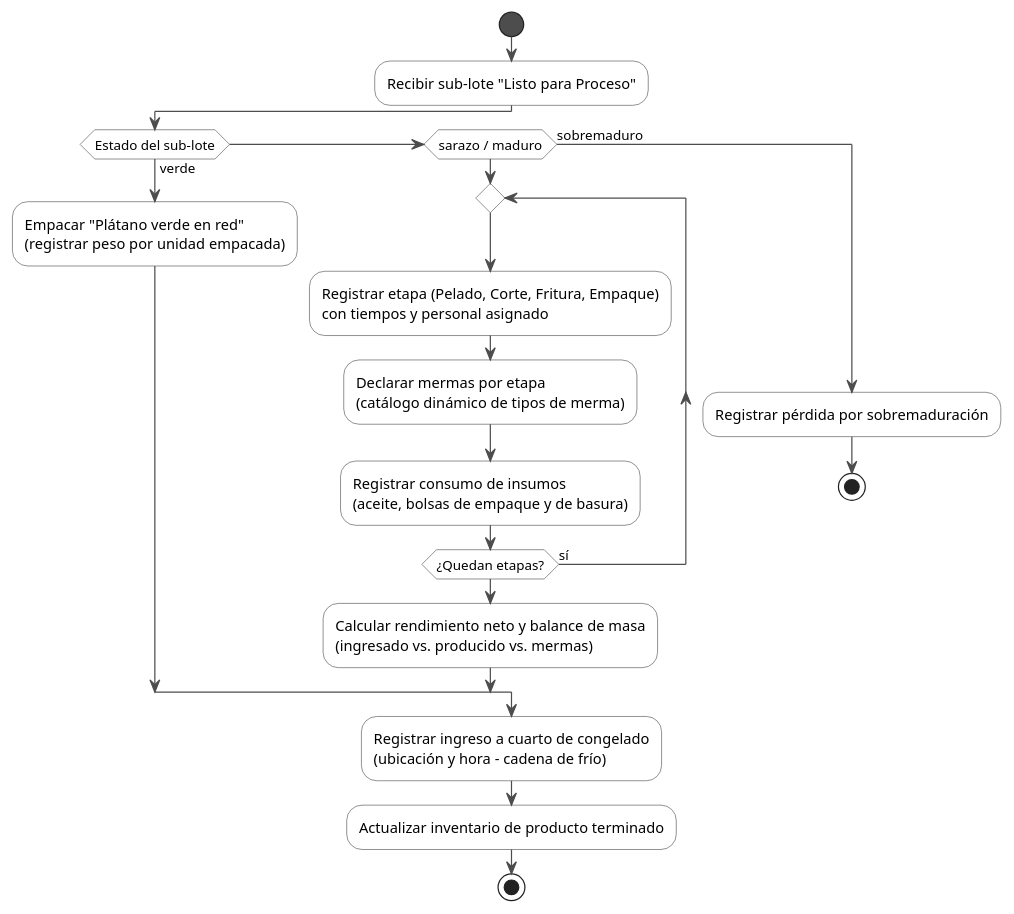
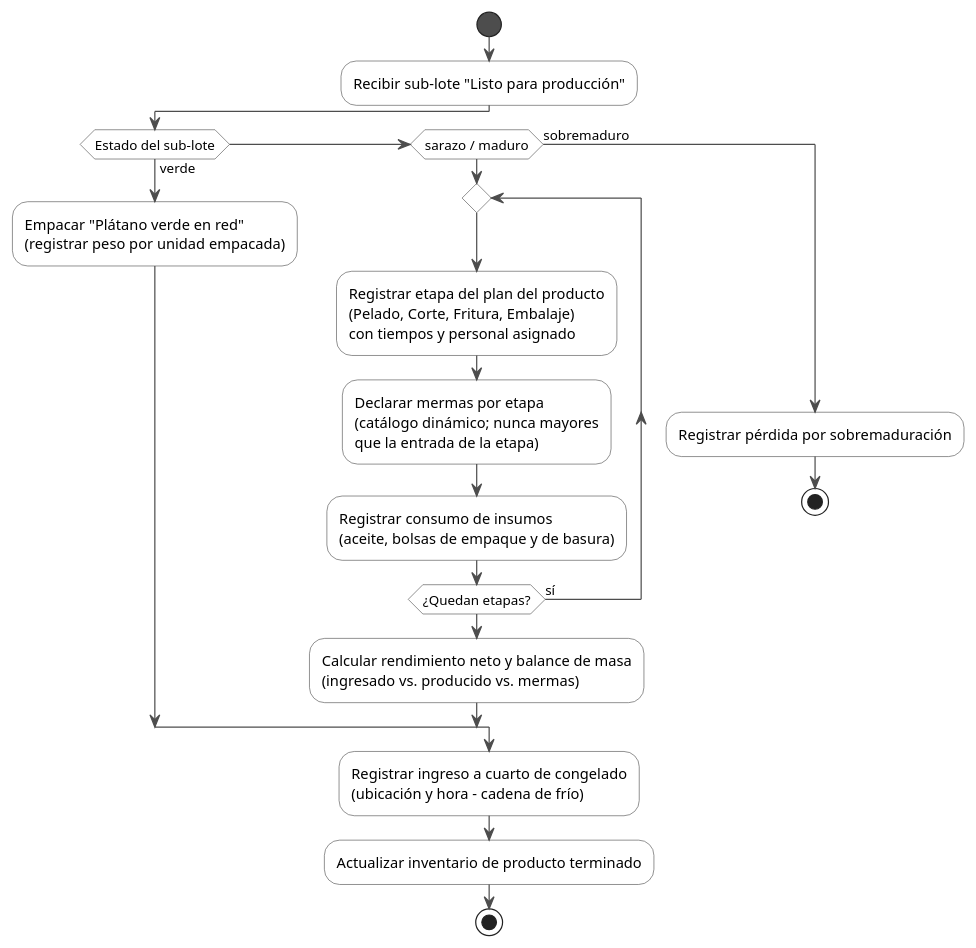
The diagram in diagramas/iteraciones/iteracion3_actividades.puml (DecosUniversity/distri_yaneth_backend), drawn with PlantUML before and after one commit. The commit also changed 27 other files, not shown here.

First line of the commit message:
docs: alinea los diagramas de la tesis con el sistema real

```diff
--- a/diagramas/iteraciones/iteracion3_actividades.puml
+++ b/diagramas/iteraciones/iteracion3_actividades.puml
@@ -1,36 +1,36 @@
 @startuml iteracion3_actividades
 ' Iteración 3 - Actividades: proceso de producción del sub-lote
 skinparam shadowing false
 skinparam ArrowColor #4D4D4D
 skinparam activity {
   BackgroundColor #FFFFFF
   BorderColor #4D4D4D
   DiamondBackgroundColor #FFFFFF
   DiamondBorderColor #4D4D4D
   StartColor #4D4D4D
   EndColor #4D4D4D
   BarColor #4D4D4D
 }
 
 start
-:Recibir sub-lote "Listo para Proceso";
+:Recibir sub-lote "Listo para producción";
 
 if (Estado del sub-lote) then (verde)
   :Empacar "Plátano verde en red"\n(registrar peso por unidad empacada);
 elseif (sarazo / maduro) then
   repeat
-    :Registrar etapa (Pelado, Corte, Fritura, Empaque)\ncon tiempos y personal asignado;
-    :Declarar mermas por etapa\n(catálogo dinámico de tipos de merma);
+    :Registrar etapa del plan del producto\n(Pelado, Corte, Fritura, Embalaje)\ncon tiempos y personal asignado;
+    :Declarar mermas por etapa\n(catálogo dinámico; nunca mayores\nque la entrada de la etapa);
     :Registrar consumo de insumos\n(aceite, bolsas de empaque y de basura);
   repeat while (¿Quedan etapas?) is (sí)
   :Calcular rendimiento neto y balance de masa\n(ingresado vs. producido vs. mermas);
 else (sobremaduro)
   :Registrar pérdida por sobremaduración;
   stop
 endif
 
 :Registrar ingreso a cuarto de congelado\n(ubicación y hora - cadena de frío);
 :Actualizar inventario de producto terminado;
 stop
 
 @enduml
```
